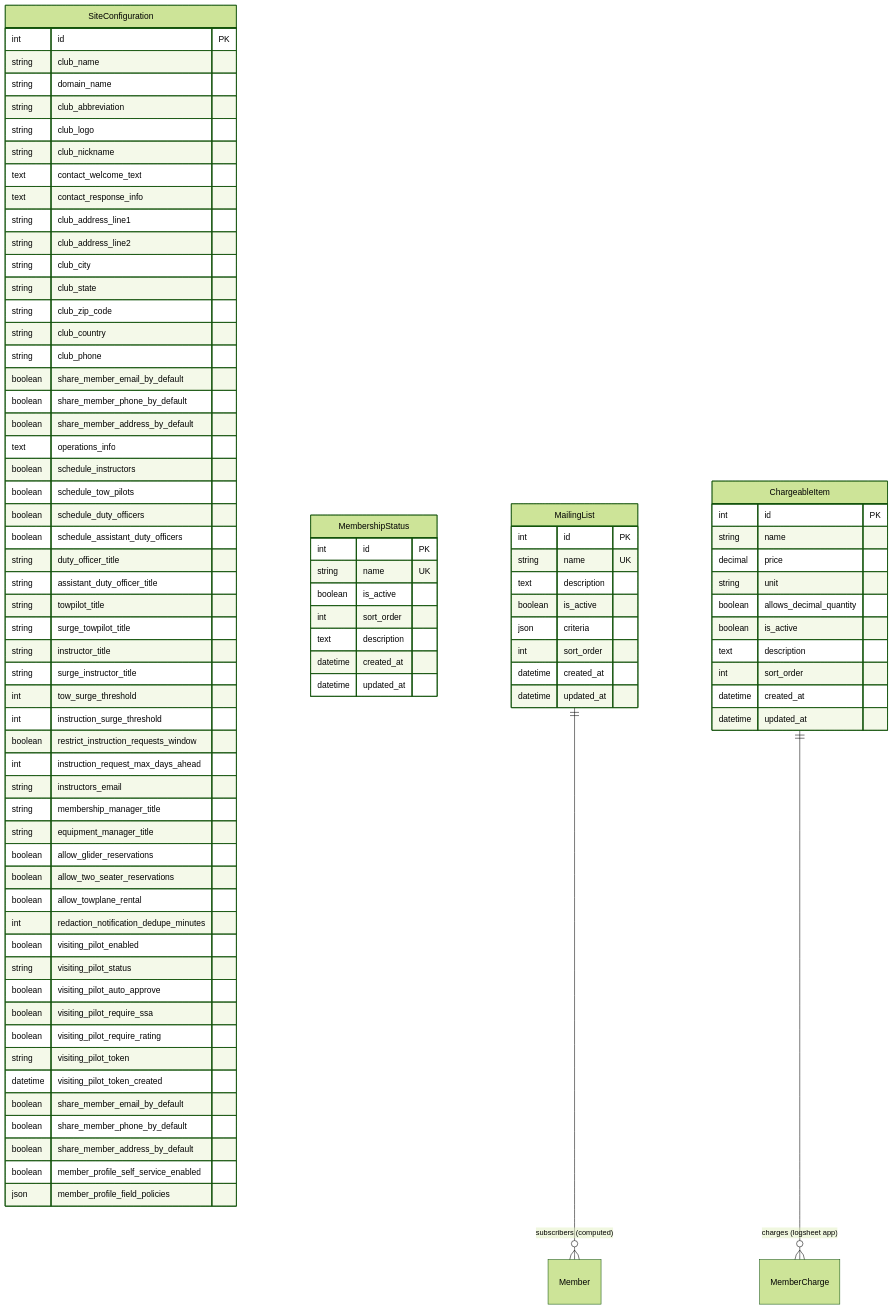
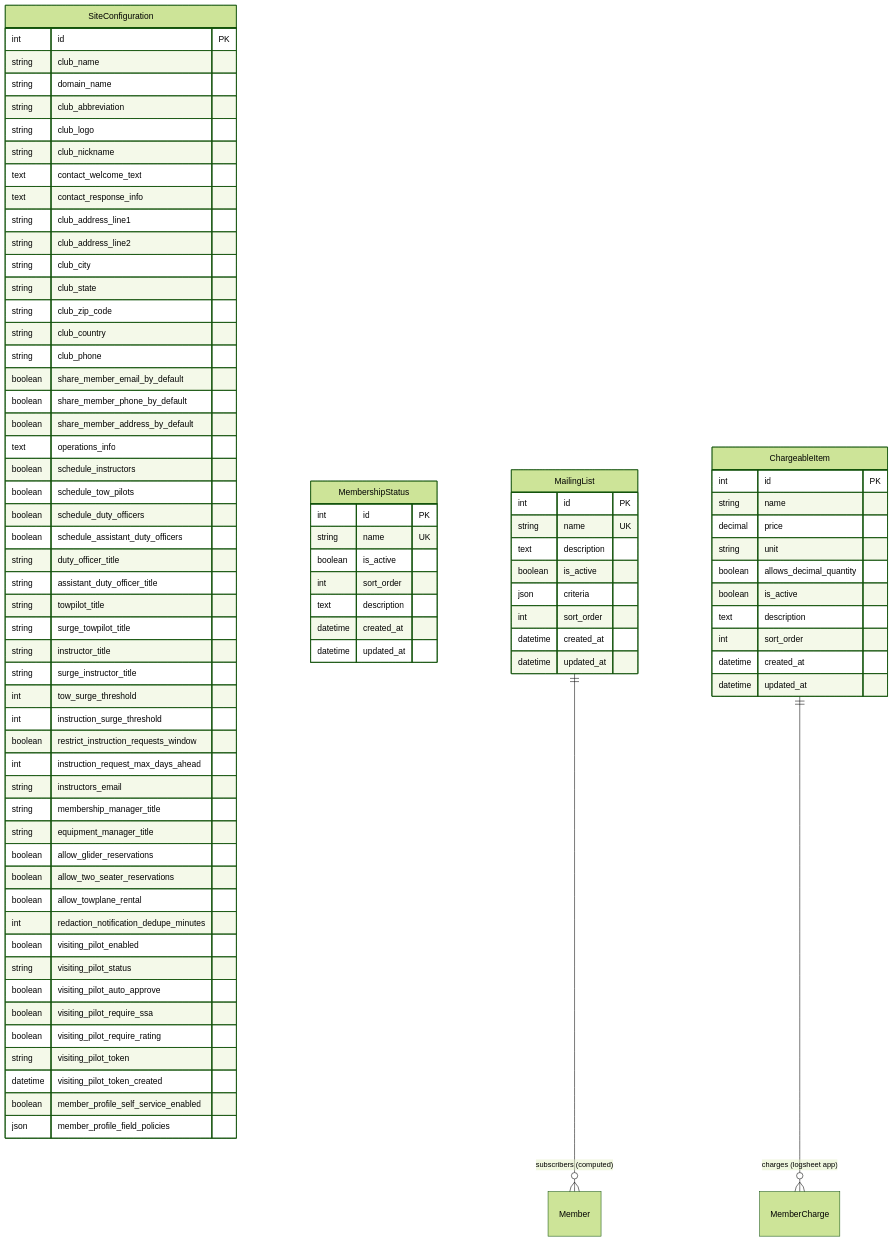
Before and after one commit to pietbarber/Manage2Soar: the diagram in siteconfig/docs/models.md, drawn with Mermaid (forest theme). The commit also changed 3 other files, not shown here.

```diff
--- a/siteconfig/docs/models.md
+++ b/siteconfig/docs/models.md
@@ -56,9 +56,6 @@
         boolean visiting_pilot_require_rating
         string visiting_pilot_token
         datetime visiting_pilot_token_created
-        boolean share_member_email_by_default
-        boolean share_member_phone_by_default
-        boolean share_member_address_by_default
         boolean member_profile_self_service_enabled
         json member_profile_field_policies
     }
```
